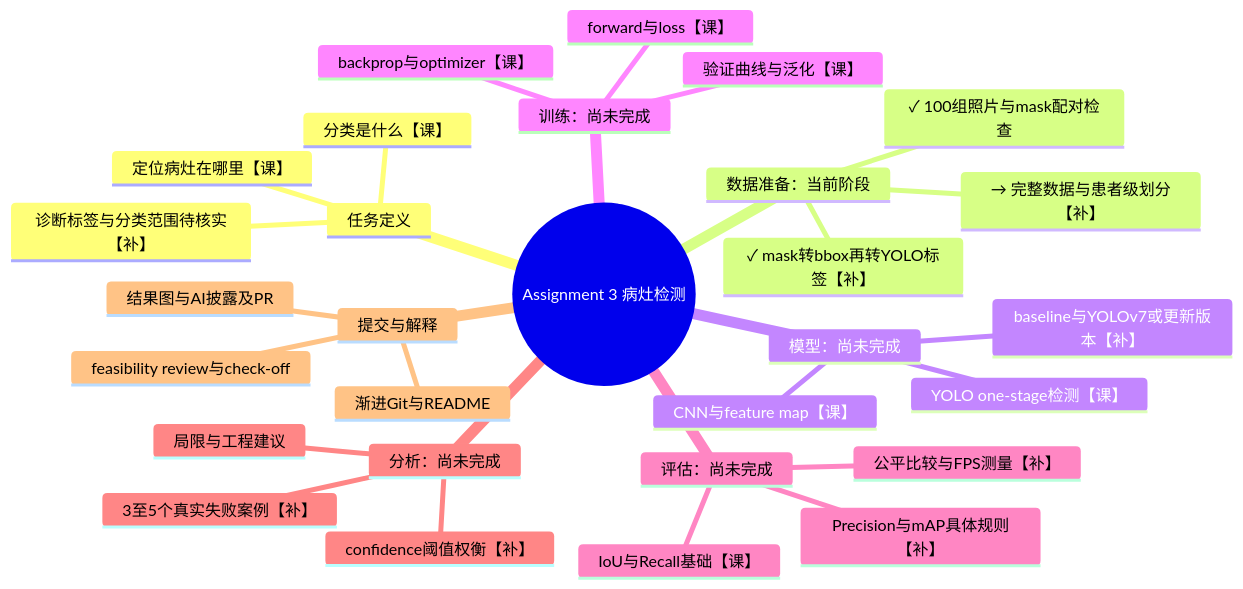
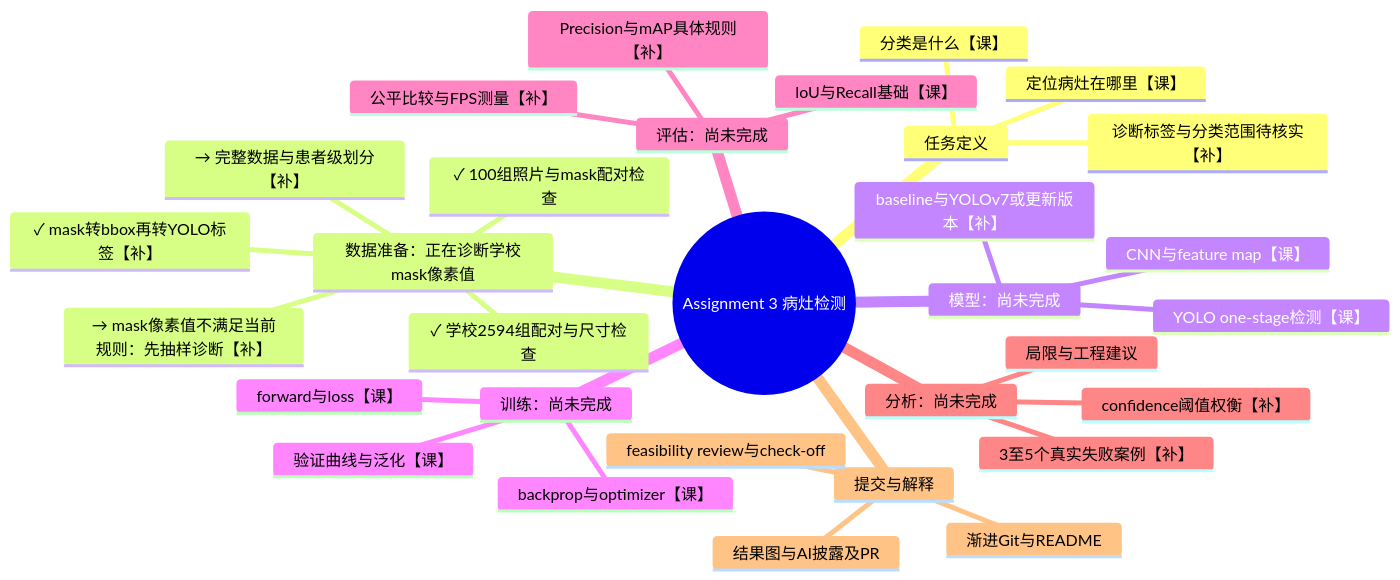
One commit to lucaaaas-glich/PatternAnalysis-2026 changed the diagram in recognition/YOLO_s4905914/PROJECT_MAP.md. Above: the diagram before and after it, drawn with Mermaid. The commit also changed other lines of this file and 2 other files, not shown here.

````diff
--- a/recognition/YOLO_s4905914/PROJECT_MAP.md
+++ b/recognition/YOLO_s4905914/PROJECT_MAP.md
@@ -17,32 +17,34 @@
 ```mermaid
 mindmap
   root((Assignment 3 病灶检测))
     任务定义
       定位病灶在哪里【课】
       分类是什么【课】
       诊断标签与分类范围待核实【补】
-    数据准备：当前阶段
+    数据准备：正在诊断学校mask像素值
       ✓ 100组照片与mask配对检查
       ✓ mask转bbox再转YOLO标签【补】
+      ✓ 学校2594组配对与尺寸检查
+      → mask像素值不满足当前规则：先抽样诊断【补】
       → 完整数据与患者级划分【补】
     模型：尚未完成
       CNN与feature map【课】
       YOLO one-stage检测【课】
       baseline与YOLOv7或更新版本【补】
     训练：尚未完成
       forward与loss【课】
       backprop与optimizer【课】
       验证曲线与泛化【课】
     评估：尚未完成
       IoU与Recall基础【课】
       Precision与mAP具体规则【补】
       公平比较与FPS测量【补】
     分析：尚未完成
       confidence阈值权衡【补】
       3至5个真实失败案例【补】
       局限与工程建议
     提交与解释
       渐进Git与README
       feasibility review与check-off
       结果图与AI披露及PR
 ```
````
